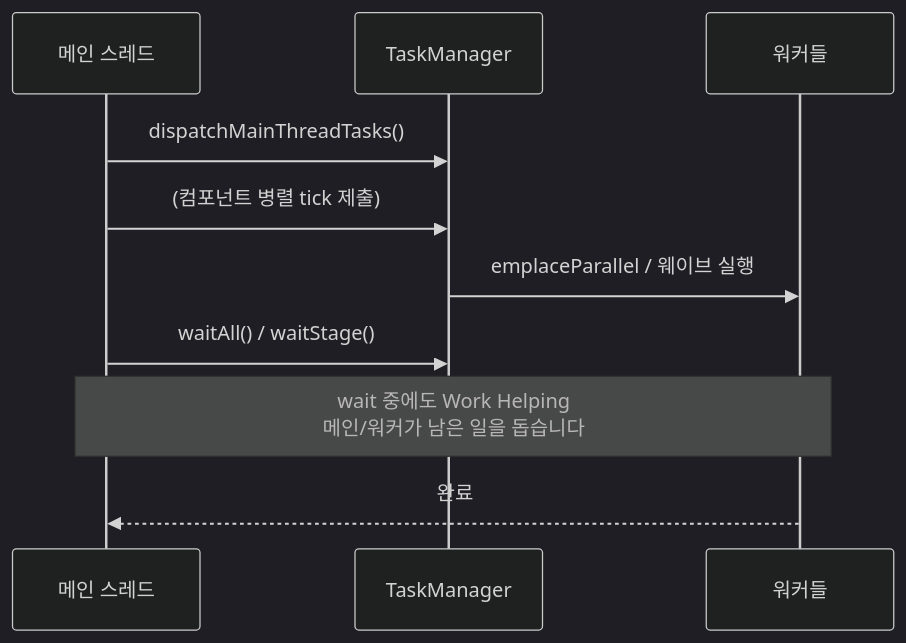
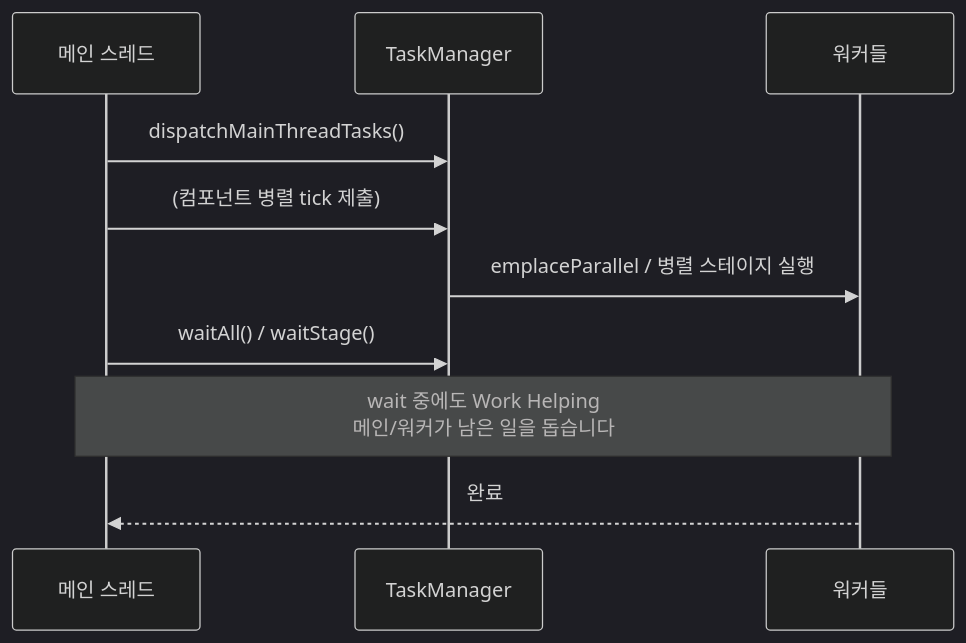
The second of 4 diagrams in Source/Core/Task/README.md (sswgame/LearningTemplate), drawn with Mermaid (dark theme) before and after one commit. The commit also changed other lines of this file and 118 other files, not shown here.

````diff
--- a/Source/Core/Task/README.md
+++ b/Source/Core/Task/README.md
@@ -69,13 +69,13 @@
 ```mermaid
 sequenceDiagram
   participant Main as 메인 스레드
   participant TM as TaskManager
   participant W as 워커들
 
   Main->>TM: dispatchMainThreadTasks()
   Main->>TM: (컴포넌트 병렬 tick 제출)
-  TM->>W: emplaceParallel / 웨이브 실행
+  TM->>W: emplaceParallel / 병렬 스테이지 실행
   Main->>TM: waitAll() / waitStage()
   Note over Main,W: wait 중에도 Work Helping<br/>메인/워커가 남은 일을 돕습니다
   W-->>Main: 완료
 ```
````
